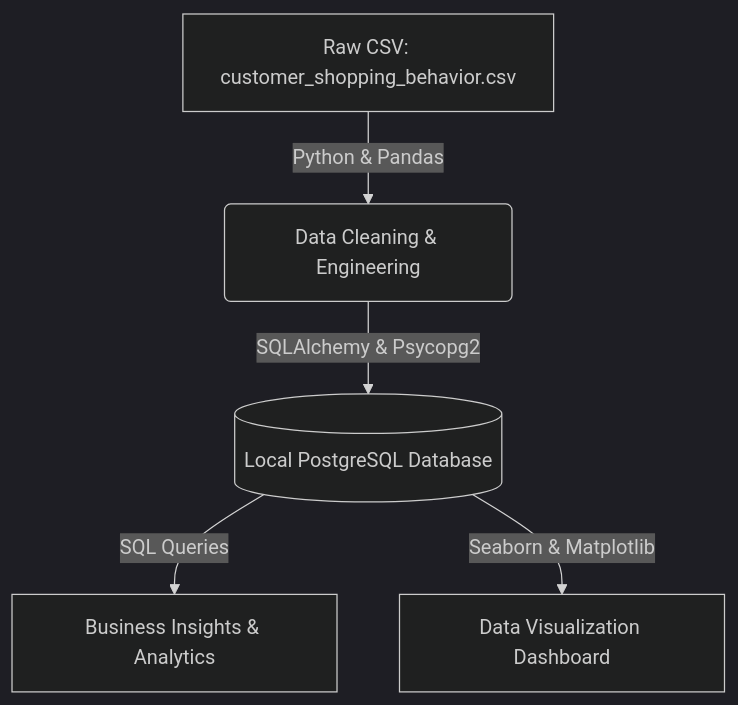
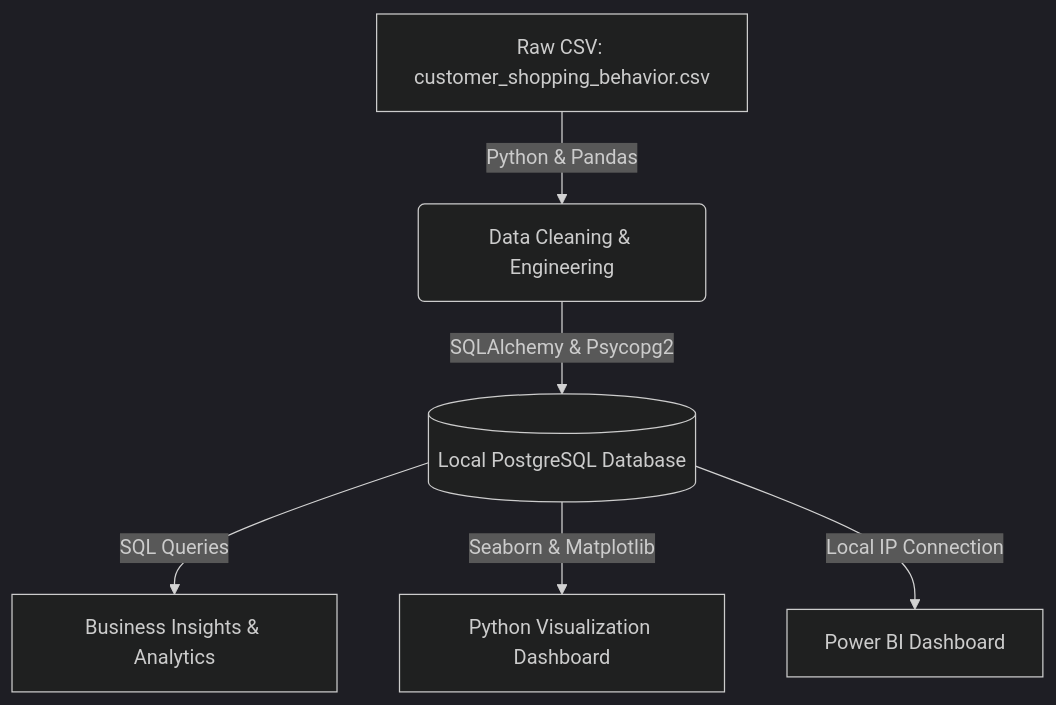
Before and after one commit to Dilshan118/Retail-Customer-Behavior---Purchase-Pattern-Analysis: the diagram in README.md, drawn with Mermaid (dark theme). The commit also changed other lines of this file and 3 other files, not shown here.

Commit message:
feat: add Power BI dashboard and update project documentation links in README

````diff
--- a/README.md
+++ b/README.md
@@ -9,7 +9,8 @@
 ```mermaid
 graph TD
     A[Raw CSV: customer_shopping_behavior.csv] -->|Python & Pandas| B(Data Cleaning & Engineering)
     B -->|SQLAlchemy & Psycopg2| C[(Local PostgreSQL Database)]
     C -->|SQL Queries| D[Business Insights & Analytics]
-    C -->|Seaborn & Matplotlib| E[Data Visualization Dashboard]
+    C -->|Seaborn & Matplotlib| E[Python Visualization Dashboard]
+    C -->|Local IP Connection| F[Power BI Dashboard]
 ```
````
